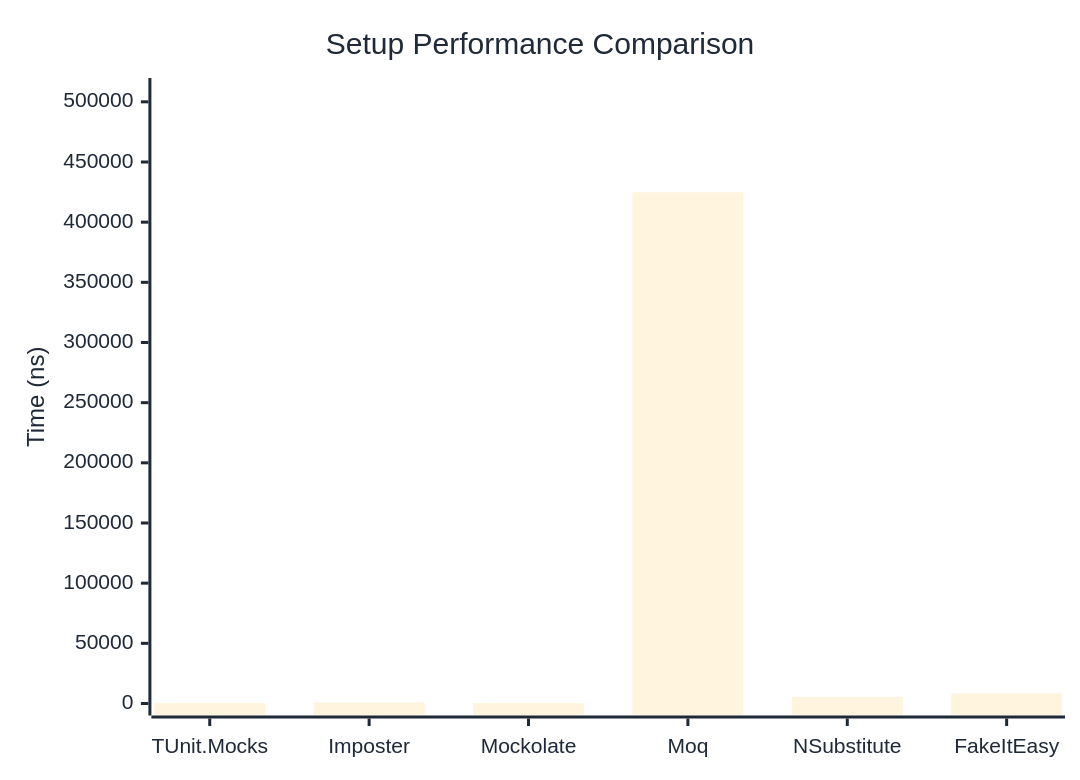
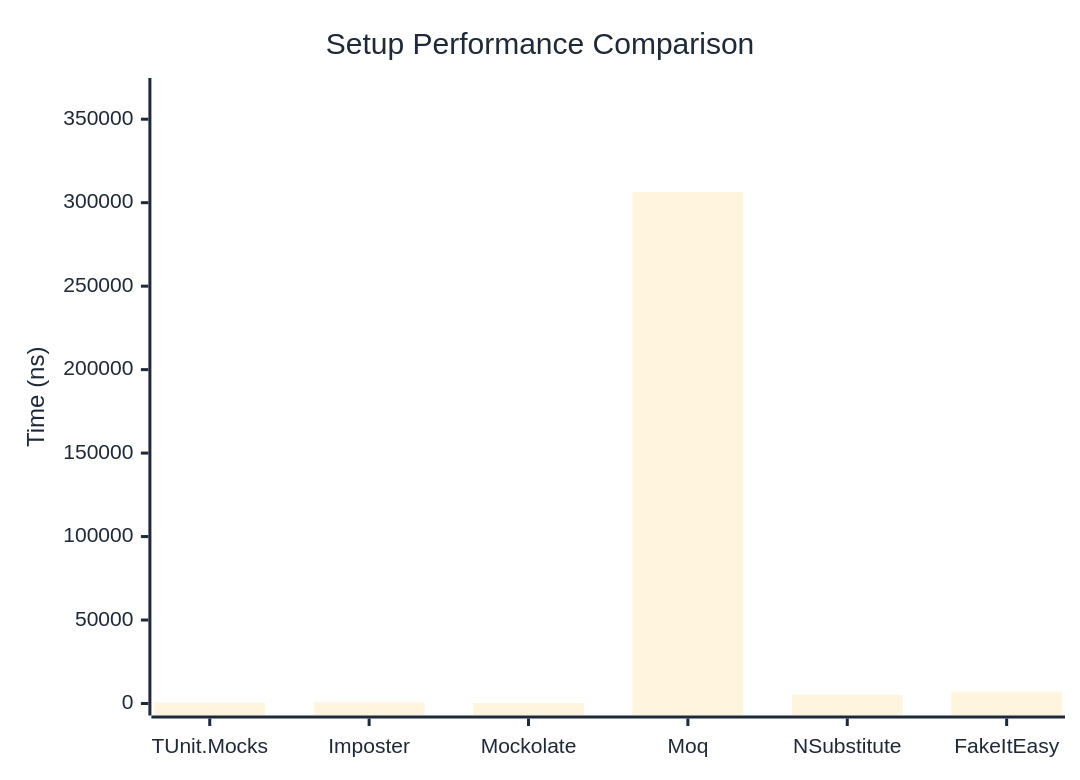
One commit to thomhurst/TUnit changed the first of 2 diagrams in docs/docs/benchmarks/mocks/Setup.md. Above: the diagram before and after it, drawn with Mermaid. The commit also changed other lines of this file and 14 other files, not shown here.

````diff
--- a/docs/docs/benchmarks/mocks/Setup.md
+++ b/docs/docs/benchmarks/mocks/Setup.md
@@ -30,27 +30,27 @@
 ```mermaid
 %%{init: {
   'theme':'base',
   'themeVariables': {
     'primaryColor': '#2563eb',
     'primaryTextColor': '#1f2937',
     'primaryBorderColor': '#1e40af',
     'lineColor': '#6b7280',
     'secondaryColor': '#7c3aed',
     'tertiaryColor': '#dc2626',
     'background': '#ffffff',
     'pie1': '#2563eb',
     'pie2': '#7c3aed',
     'pie3': '#dc2626',
     'pie4': '#f59e0b',
     'pie5': '#10b981',
     'pie6': '#06b6d4',
     'pie7': '#ec4899',
     'pie8': '#6366f1'
   }
 }}%%
 xychart-beta
   title "Setup Performance Comparison"
   x-axis ["TUnit.Mocks", "Imposter", "Mockolate", "Moq", "NSubstitute", "FakeItEasy"]
-  y-axis "Time (ns)" 0 --> 509831
-  bar [505, 800.7, 301.9, 424858.5, 5563.7, 8333.2]
+  y-axis "Time (ns)" 0 --> 367502
+  bar [559.3, 781, 327.7, 306250.9, 5281.6, 7069.9]
 ```
````
